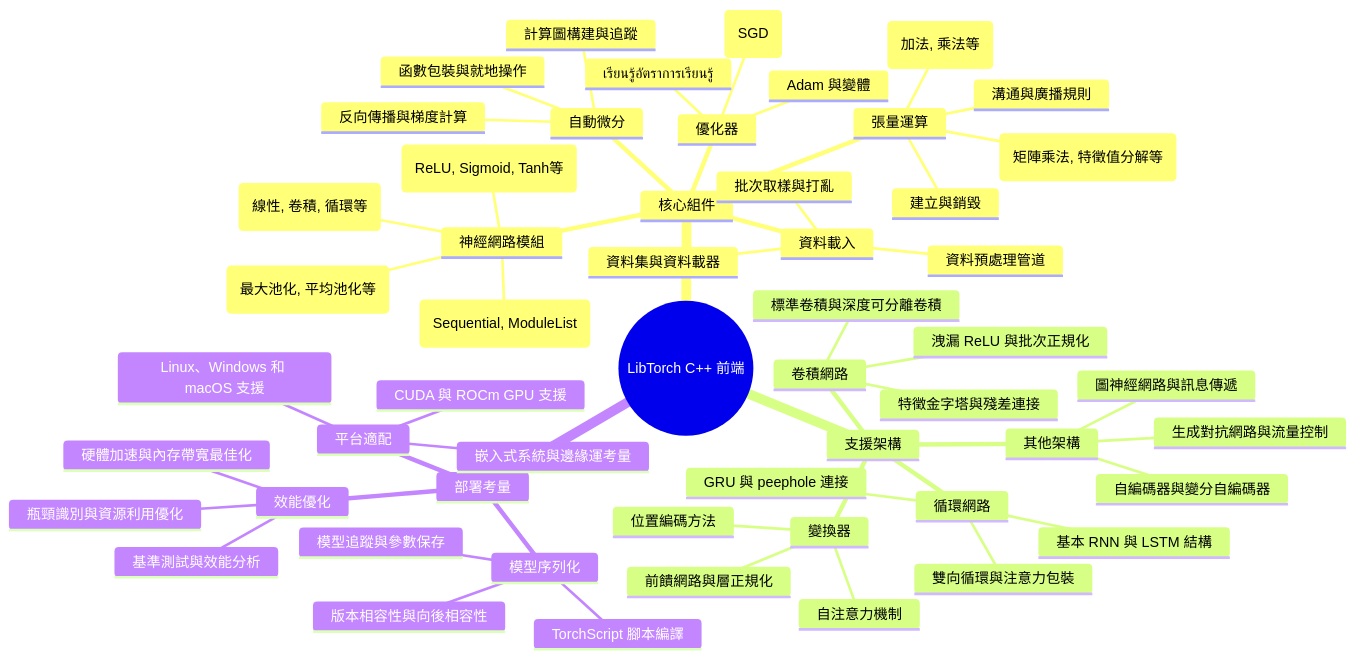
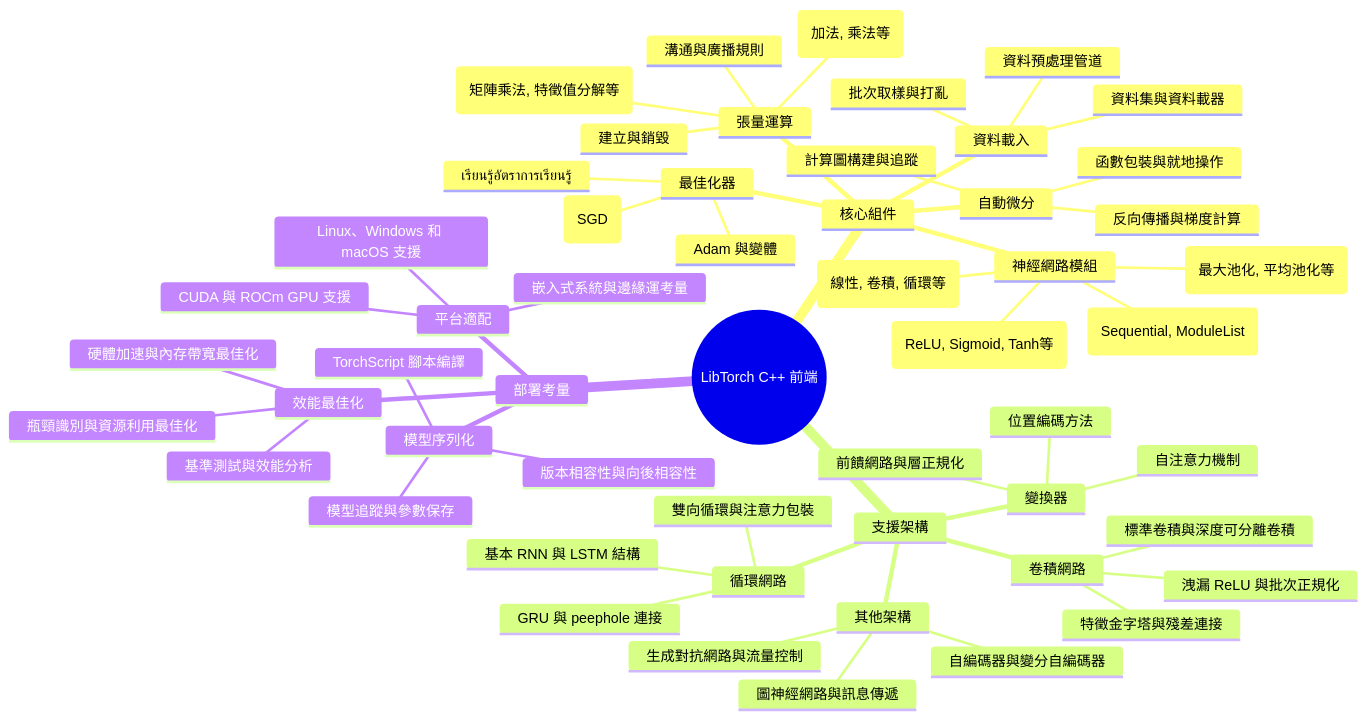
The diagram in LLM_Wiki/wiki/AI_system/libtorch.md (xansxuss/OBSIDIAN_NOTES), drawn with Mermaid before and after one commit. The commit also changed other lines of this file and 288 other files, not shown here.

````diff
--- a/LLM_Wiki/wiki/AI_system/libtorch.md
+++ b/LLM_Wiki/wiki/AI_system/libtorch.md
@@ -50,57 +63,57 @@
 ```mermaid
 mindmap
   root((LibTorch C++ 前端))
     核心組件
       張量運算
         建立與銷毀
         基本運算 (加法, 乘法等)
         線性代數運算 (矩陣乘法, 特徵值分解等)
         溝通與廣播規則
       自動微分
         計算圖構建與追蹤
         反向傳播與梯度計算
         函數包裝與就地操作
       神經網路模組
         容器模組 (Sequential, ModuleList)
         變換層 (線性, 卷積, 循環等)
         激活函數 (ReLU, Sigmoid, Tanh等)
         池化層 (最大池化, 平均池化等)
-      優化器
+      最佳化器
         隨機梯度下降 (SGD)
         Adam 與變體
         เรียนรู้อัตราการเรียนรู้
       資料載入
         資料集與資料載器
         資料預處理管道
         批次取樣與打亂
     支援架構
       變換器
         自注意力機制
         位置編碼方法
         前饋網路與層正規化
       卷積網路
         標準卷積與深度可分離卷積
         洩漏 ReLU 與批次正規化
         特徵金字塔與殘差連接
       循環網路
         基本 RNN 與 LSTM 結構
         GRU 與 peephole 連接
         雙向循環與注意力包裝
       其他架構
         圖神經網路與訊息傳遞
         自編碼器與變分自編碼器
         生成對抗網路與流量控制
     部署考量
       模型序列化
         TorchScript 腳本編譯
         模型追蹤與參數保存
         版本相容性與向後相容性
-      效能優化
+      效能最佳化
         基準測試與效能分析
-        瓶頸識別與資源利用優化
+        瓶頸識別與資源利用最佳化
         硬體加速與內存帶寬最佳化
       平台適配
         Linux、Windows 和 macOS 支援
         CUDA 與 ROCm GPU 支援
         嵌入式系統與邊緣運考量
 ```
````
